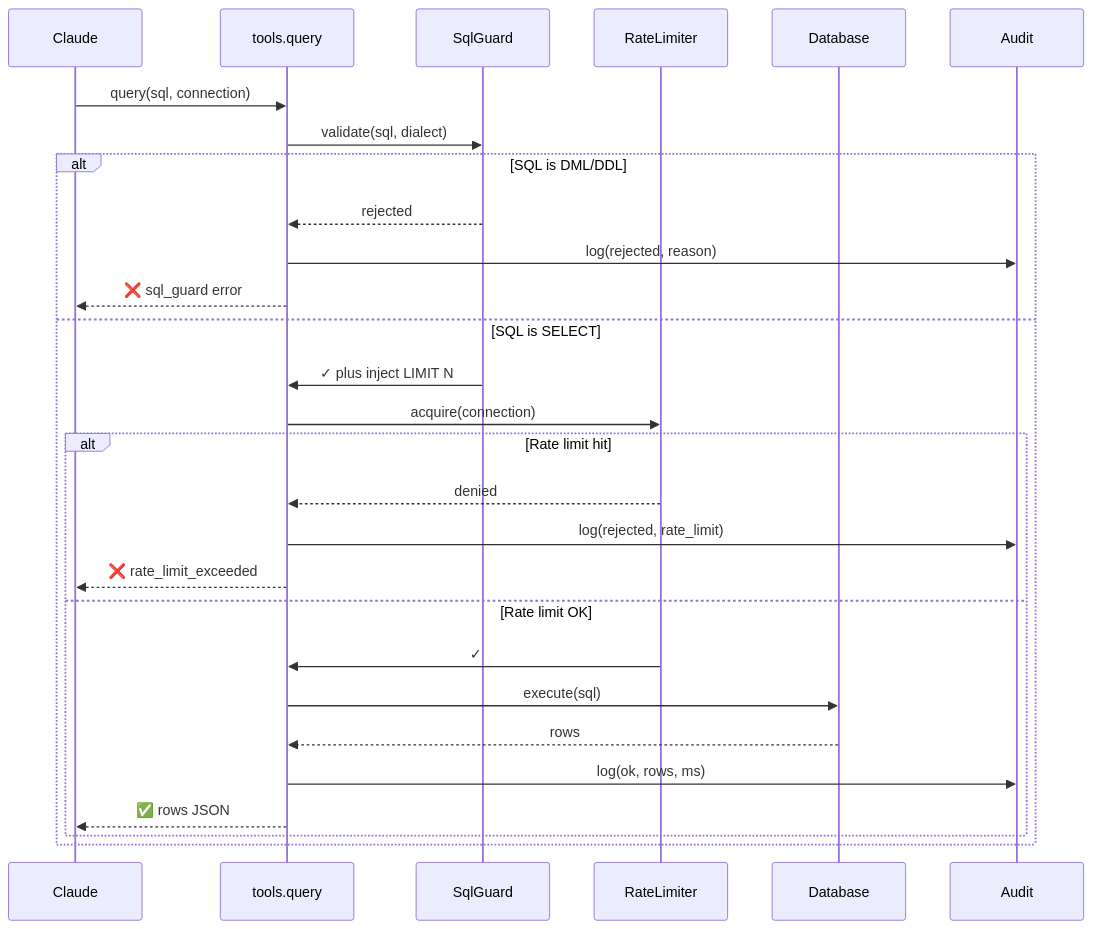
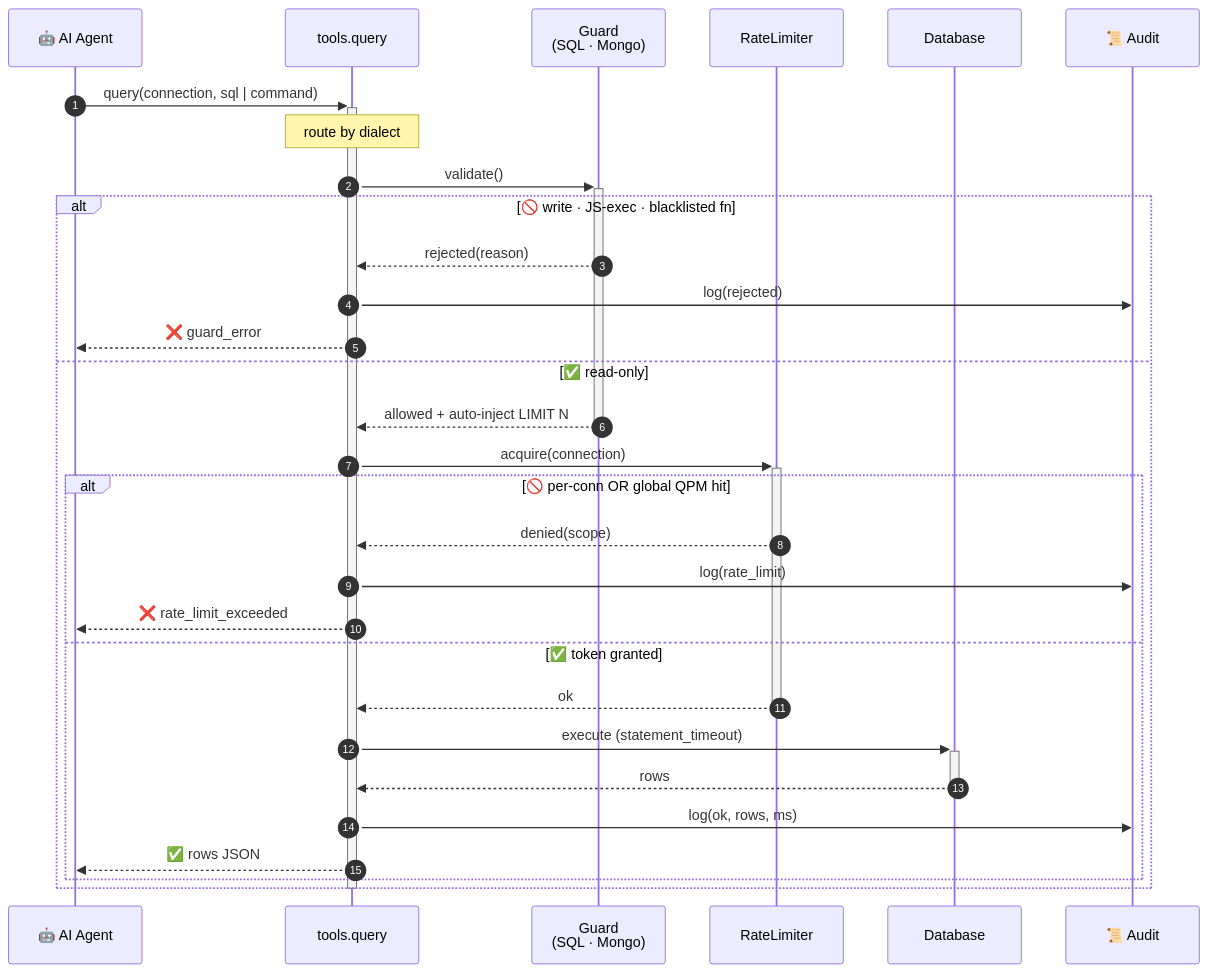
One commit to tvtdev94/dbread changed the diagram in README.md. Above: the diagram before and after it, drawn with Mermaid. The commit also changed other lines of this file and 7 other files, not shown here.

First line of the commit message:
docs: v0.4.3 - render query-flow sequence diagram as PNG

````diff
--- a/README.md
+++ b/README.md
@@ -139,31 +146,36 @@
 ```mermaid
 sequenceDiagram
-    participant AI as Claude
+    autonumber
+    participant AI as 🤖 AI Agent
     participant T as tools.query
-    participant G as SqlGuard
+    participant G as Guard<br/>(SQL · Mongo)
     participant R as RateLimiter
     participant D as Database
-    participant A as Audit
+    participant A as 📜 Audit
 
-    AI->>T: query(sql, connection)
-    T->>G: validate(sql, dialect)
-    alt SQL is DML/DDL
-        G-->>T: rejected
-        T->>A: log(rejected, reason)
-        T-->>AI: ❌ sql_guard error
-    else SQL is SELECT
-        G->>T: ✓ plus inject LIMIT N
-        T->>R: acquire(connection)
-        alt Rate limit hit
-            R-->>T: denied
-            T->>A: log(rejected, rate_limit)
+    AI->>+T: query(connection, sql | command)
+    Note over T: route by dialect
+
+    T->>+G: validate()
+    alt 🚫 write · JS-exec · blacklisted fn
+        G-->>T: rejected(reason)
+        T->>A: log(rejected)
+        T-->>AI: ❌ guard_error
+    else ✅ read-only
+        G-->>-T: allowed + auto-inject LIMIT N
+
+        T->>+R: acquire(connection)
+        alt 🚫 per-conn OR global QPM hit
+            R-->>T: denied(scope)
+            T->>A: log(rate_limit)
             T-->>AI: ❌ rate_limit_exceeded
-        else Rate limit OK
-            R->>T: ✓
-            T->>D: execute(sql)
-            D-->>T: rows
+        else ✅ token granted
+            R-->>-T: ok
+            T->>+D: execute (statement_timeout)
+            D-->>-T: rows
             T->>A: log(ok, rows, ms)
             T-->>AI: ✅ rows JSON
         end
     end
+    deactivate T
 ```
````
